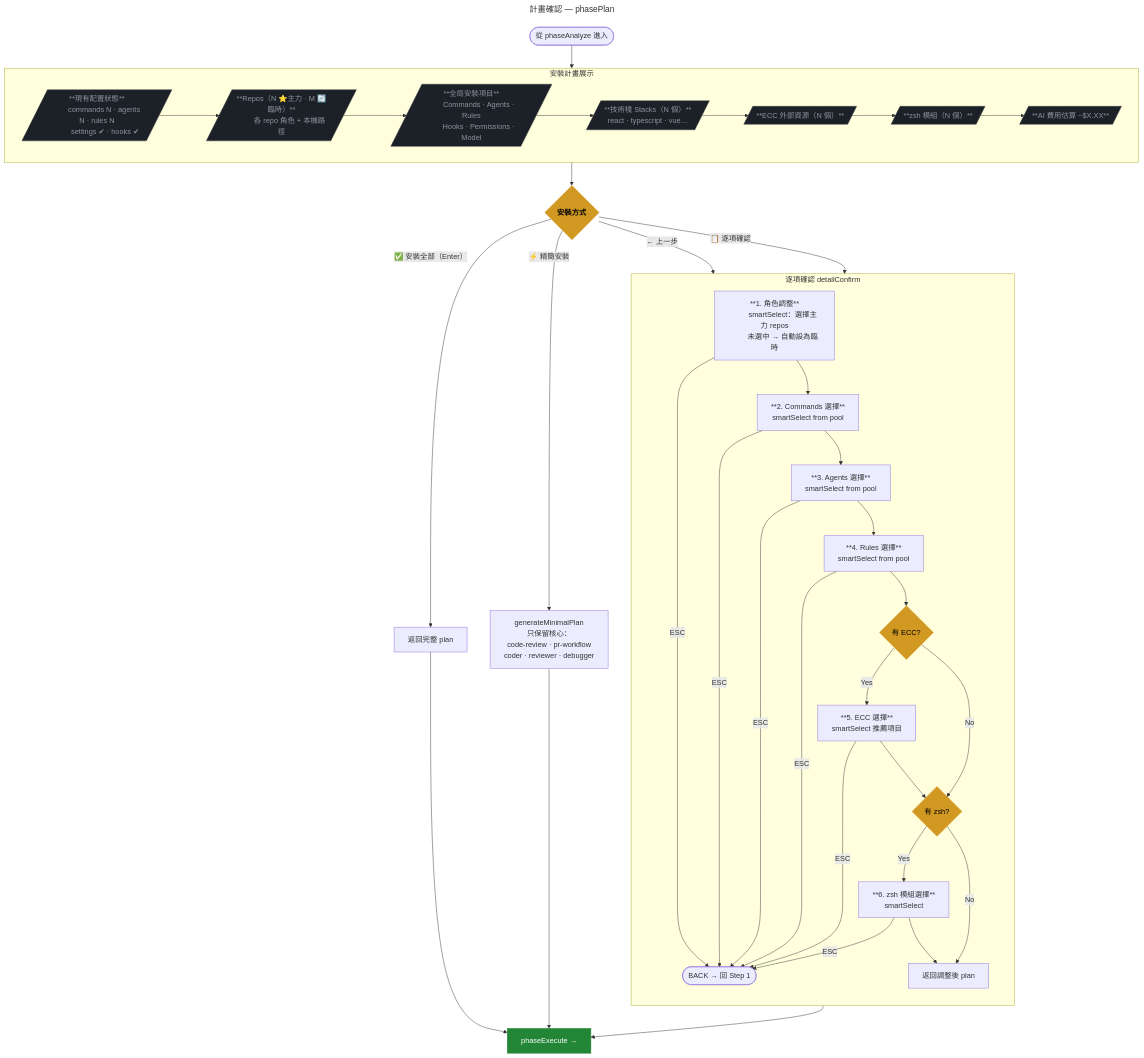
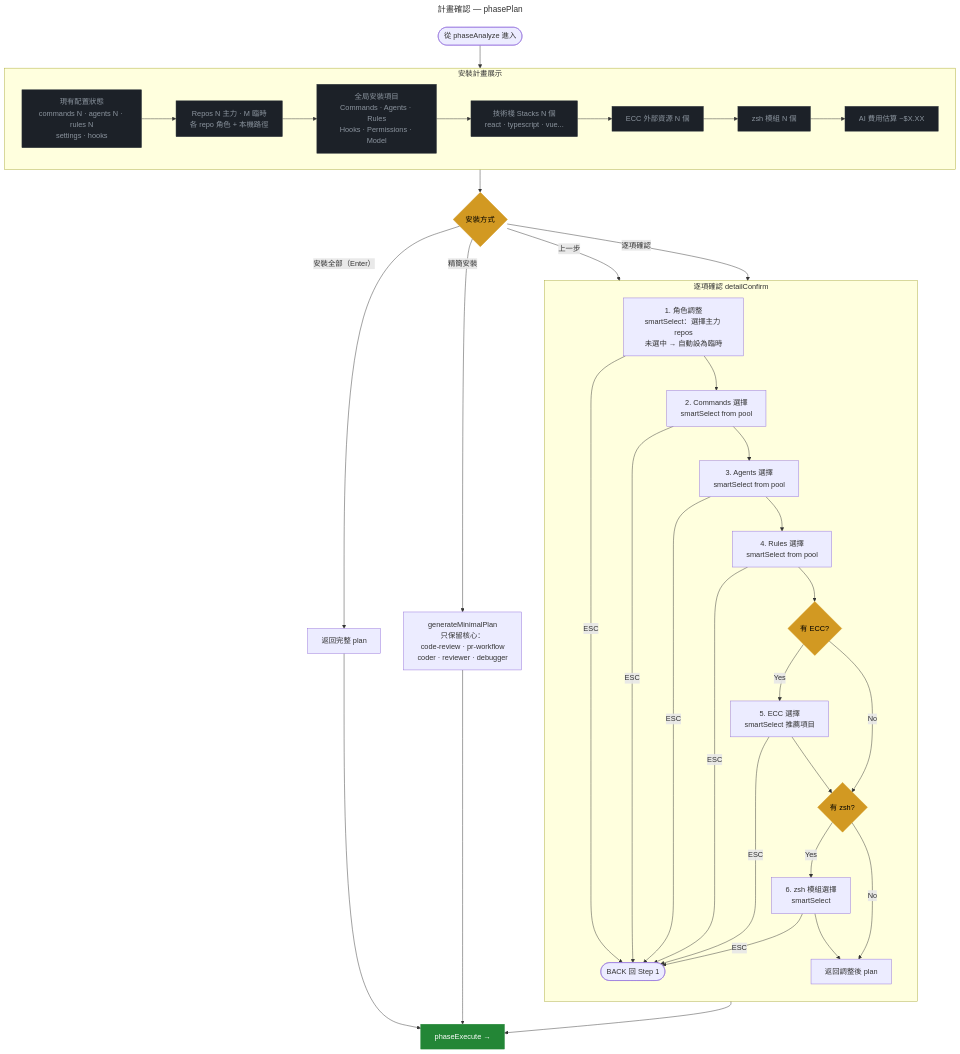
One commit to AlvinBian/ab-dotfiles changed the diagram in docs/flows/phase-plan.mmd. Above: the diagram before and after it, drawn with Mermaid. The commit also changed 5 other files, not shown here.

First line of the commit message:
fix(flow): Mermaid 語法修復 + 拖動縮放支持

```diff
--- a/docs/flows/phase-plan.mmd
+++ b/docs/flows/phase-plan.mmd
@@ -1,77 +1,61 @@
 ---
 title: 計畫確認 — phasePlan
 description: 展示安裝計畫 + 安裝全部/逐項確認/精簡安裝 三種模式
 links:
   - setup-main: 返回主流程
   - phase-execute: 進入安裝
 ---
 flowchart TD
     Entry([從 phaseAnalyze 進入]) --> Display
 
     subgraph Display ["安裝計畫展示"]
-        D1[/"**現有配置狀態**
-        commands N · agents N · rules N
-        settings ✔ · hooks ✔"/]
-        D1 --> D2[/"**Repos（N ⭐主力 · M 🔄臨時）**
-        各 repo 角色 + 本機路徑"/]
-        D2 --> D3[/"**全局安裝項目**
-        Commands · Agents · Rules
-        Hooks · Permissions · Model"/]
-        D3 --> D4[/"**技術棧 Stacks（N 個）**
-        react · typescript · vue…"/]
-        D4 --> D5[/"**ECC 外部資源（N 個）**"/]
-        D5 --> D6[/"**zsh 模組（N 個）**"/]
-        D6 --> D7[/"**AI 費用估算 ~$X.XX**"/]
+        D1["現有配置狀態<br/>commands N · agents N · rules N<br/>settings · hooks"]
+        D1 --> D2["Repos N 主力 · M 臨時<br/>各 repo 角色 + 本機路徑"]
+        D2 --> D3["全局安裝項目<br/>Commands · Agents · Rules<br/>Hooks · Permissions · Model"]
+        D3 --> D4["技術棧 Stacks N 個<br/>react · typescript · vue..."]
+        D4 --> D5["ECC 外部資源 N 個"]
+        D5 --> D6["zsh 模組 N 個"]
+        D6 --> D7["AI 費用估算 ~$X.XX"]
     end
 
-    Display --> Choice{"`**安裝方式**`"}
+    Display --> Choice{"安裝方式"}
 
-    Choice -->|"✅ 安裝全部（Enter）"| Full[返回完整 plan]
-    Choice -->|"📋 逐項確認"| Detail
-    Choice -->|"⚡ 精簡安裝"| Minimal["generateMinimalPlan
-    只保留核心：
-    code-review · pr-workflow
-    coder · reviewer · debugger"]
-    Choice -->|"← 上一步"| Back([BACK → 回 Step 1])
+    Choice -->|"安裝全部（Enter）"| Full[返回完整 plan]
+    Choice -->|"逐項確認"| Detail
+    Choice -->|"精簡安裝"| Minimal["generateMinimalPlan<br/>只保留核心：<br/>code-review · pr-workflow<br/>coder · reviewer · debugger"]
+    Choice -->|"上一步"| Back([BACK 回 Step 1])
 
     subgraph Detail ["逐項確認 detailConfirm"]
         direction TB
-        DC1["**1. 角色調整**
-        smartSelect：選擇主力 repos
-        未選中 → 自動設為臨時"]
+        DC1["1. 角色調整<br/>smartSelect：選擇主力 repos<br/>未選中 → 自動設為臨時"]
         DC1 -->|ESC| Back
-        DC1 --> DC2["**2. Commands 選擇**
-        smartSelect from pool"]
+        DC1 --> DC2["2. Commands 選擇<br/>smartSelect from pool"]
         DC2 -->|ESC| Back
-        DC2 --> DC3["**3. Agents 選擇**
-        smartSelect from pool"]
+        DC2 --> DC3["3. Agents 選擇<br/>smartSelect from pool"]
         DC3 -->|ESC| Back
-        DC3 --> DC4["**4. Rules 選擇**
-        smartSelect from pool"]
+        DC3 --> DC4["4. Rules 選擇<br/>smartSelect from pool"]
         DC4 -->|ESC| Back
         DC4 --> DC5{"有 ECC?"}
-        DC5 -->|Yes| DC6["**5. ECC 選擇**
-        smartSelect 推薦項目"]
+        DC5 -->|Yes| DC6["5. ECC 選擇<br/>smartSelect 推薦項目"]
         DC5 -->|No| DC7
         DC6 -->|ESC| Back
         DC6 --> DC7{"有 zsh?"}
-        DC7 -->|Yes| DC8["**6. zsh 模組選擇**
-        smartSelect"]
+        DC7 -->|Yes| DC8["6. zsh 模組選擇<br/>smartSelect"]
         DC7 -->|No| DC9
         DC8 -->|ESC| Back
         DC8 --> DC9["返回調整後 plan"]
     end
 
     Full --> Exec["phaseExecute →"]
     DC9 --> Exec
     Minimal --> Exec
 
     click Exec "#phase-execute"
 
     classDef decision fill:#d29922,color:#000,stroke:#d29922
     classDef info fill:#1c2128,color:#8b949e,stroke:#30363d
     classDef success fill:#238636,color:#fff,stroke:#238636
 
     class Choice,DC5,DC7 decision
     class D1,D2,D3,D4,D5,D6,D7 info
     class Exec success
```
